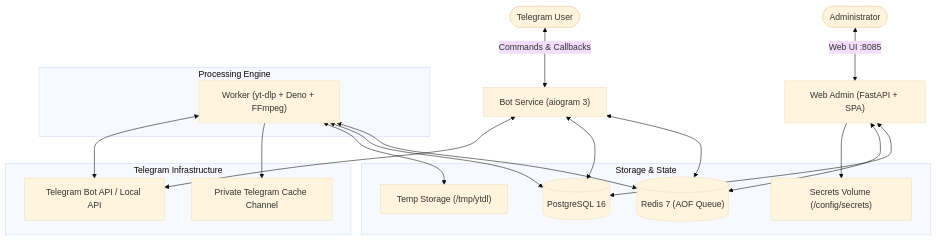
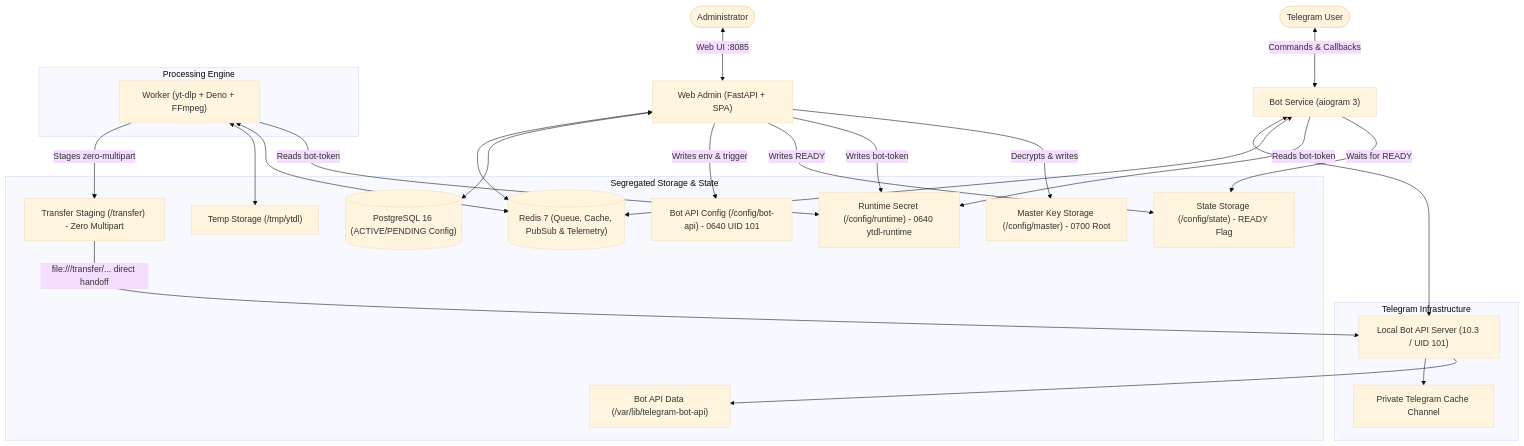
The diagram in README.md (musicOverdose/youtubedl), drawn with Mermaid (base theme) before and after one commit. The commit also changed other lines of this file and 31 other files, not shown here.

````diff
--- a/README.md
+++ b/README.md
@@ -116,35 +126,46 @@
 ```mermaid
 flowchart TD
     User(["Telegram User"]) <-->|"Commands & Callbacks"| Bot["Bot Service (aiogram 3)"]
     Admin(["Administrator"]) <-->|"Web UI :8085"| Web["Web Admin (FastAPI + SPA)"]
 
-    subgraph Storage ["Storage & State"]
-        PG[("PostgreSQL 16")]
-        Redis[("Redis 7 (AOF Queue)")]
-        SecretsVol["Secrets Volume (/config/secrets)"]
+    subgraph Storage ["Segregated Storage & State"]
+        PG[("PostgreSQL 16 (ACTIVE/PENDING Config)")]
+        Redis[("Redis 7 (Queue, Cache, PubSub & Telemetry)")]
+        MasterKeyVol["Master Key Storage (/config/master) - 0700 Root"]
+        RuntimeTokenVol["Runtime Secret (/config/runtime) - 0640 ytdl-runtime"]
+        StateVol["State Storage (/config/state) - READY Flag"]
+        LocalApiConfig["Bot API Config (/config/bot-api) - 0640 UID 101"]
+        TransferVol["Transfer Staging (/transfer) - Zero Multipart"]
         TempVol["Temp Storage (/tmp/ytdl)"]
+        LocalBotApiData["Bot API Data (/var/lib/telegram-bot-api)"]
+    end
+
+    subgraph TelegramServices ["Telegram Infrastructure"]
+        LocalBotAPI["Local Bot API Server (10.3 / UID 101)"]
+        CacheChannel["Private Telegram Cache Channel"]
     end
 
     subgraph Processing ["Processing Engine"]
         Worker["Worker (yt-dlp + Deno + FFmpeg)"]
     end
 
-    subgraph Telegram ["Telegram Infrastructure"]
-        CacheChannel["Private Telegram Cache Channel"]
-        TelegramAPI["Telegram Bot API / Local API"]
-    end
-
-    Bot <--> Redis
-    Bot <--> PG
-    Bot <--> TelegramAPI
-
+    Web -->|"Decrypts & writes"| MasterKeyVol
+    Web -->|"Writes bot-token"| RuntimeTokenVol
+    Web -->|"Writes READY"| StateVol
+    Web -->|"Writes env & trigger"| LocalApiConfig
     Web <--> PG
     Web <--> Redis
-    Web --> SecretsVol
 
+    Bot -->|"Waits for READY"| StateVol
+    Bot -->|"Reads bot-token"| RuntimeTokenVol
+    Bot <--> Redis
+    Bot <--> LocalBotAPI
+
+    Worker -->|"Reads bot-token"| RuntimeTokenVol
     Worker <--> Redis
-    Worker <--> PG
     Worker <--> TempVol
-    Worker --> CacheChannel
-    Worker <--> TelegramAPI
+    Worker -->|"Stages zero-multipart"| TransferVol
+    TransferVol -->|"file:///transfer/... direct handoff"| LocalBotAPI
+    LocalBotAPI --> LocalBotApiData
+    LocalBotAPI --> CacheChannel
 ```
````
